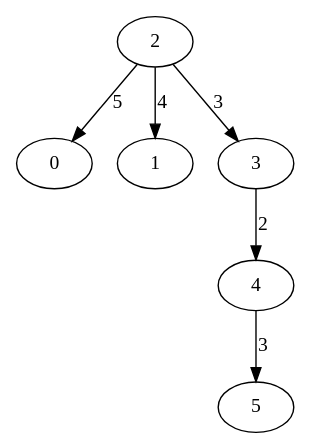
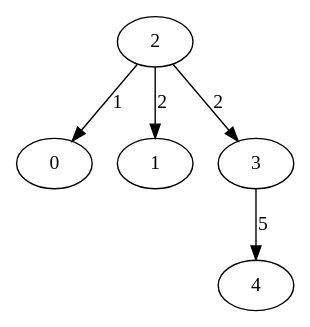
Before and after one commit to vampilova/sharp_lessons: the diagram in Belman_and_Deikstra/graph_Belman_Ford.gv, drawn with Graphviz. The commit also changed 9 other files, not shown here.

```diff
--- a/Belman_and_Deikstra/graph_Belman_Ford.gv
+++ b/Belman_and_Deikstra/graph_Belman_Ford.gv
@@ -1,7 +1,6 @@
 digraph G{
-2->0[label=5]
-2->1[label=4]
-2->3[label=3]
-3->4[label=2]
-4->5[label=3]
+2->0[label=1]
+2->1[label=2]
+2->3[label=2]
+3->4[label=5]
 }
```
